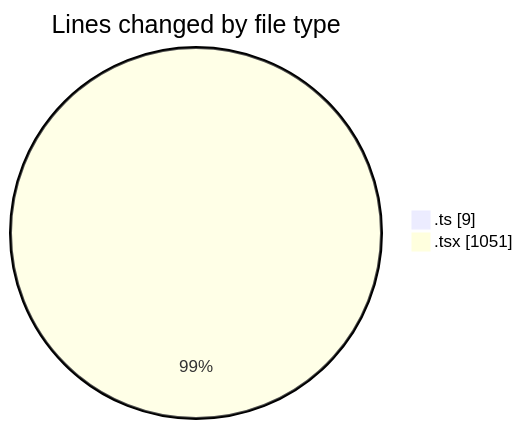
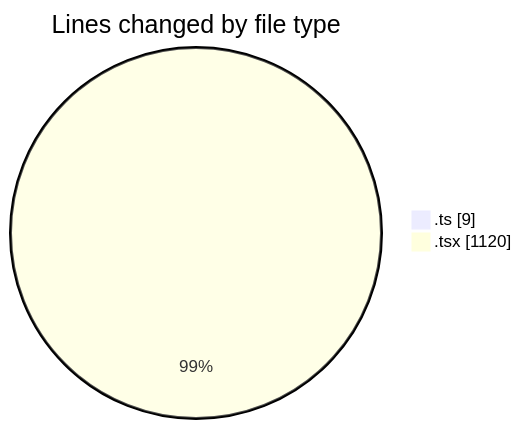
One commit to momahboobian/code-tracking changed the first of 2 diagrams in 2025-07-01/cda/README.md. Above: the diagram before and after it, drawn with Mermaid. The commit also changed other lines of this file and 1 other file, not shown here.

````diff
--- a/2025-07-01/cda/README.md
+++ b/2025-07-01/cda/README.md
@@ -24,6 +24,6 @@
 ```mermaid
 pie showData
 title Lines changed by file type
 ".ts" : 9
-".tsx" : 1051
+".tsx" : 1120
 ```
````
